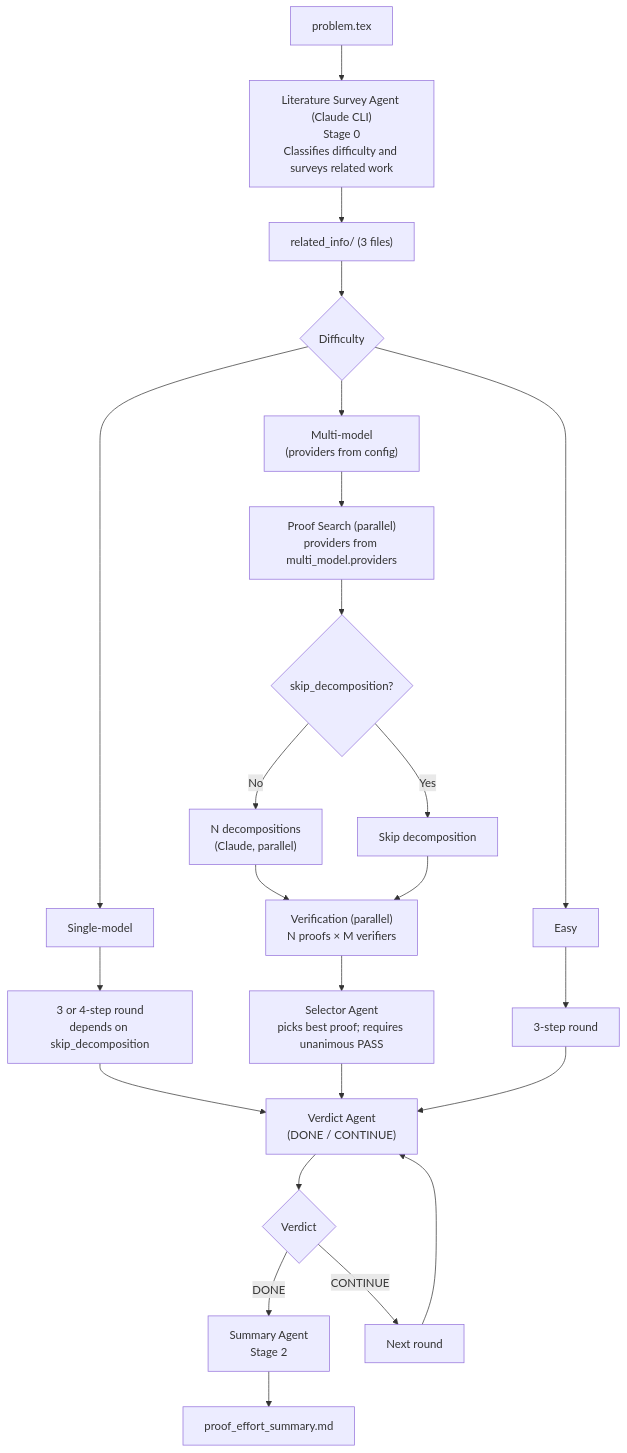
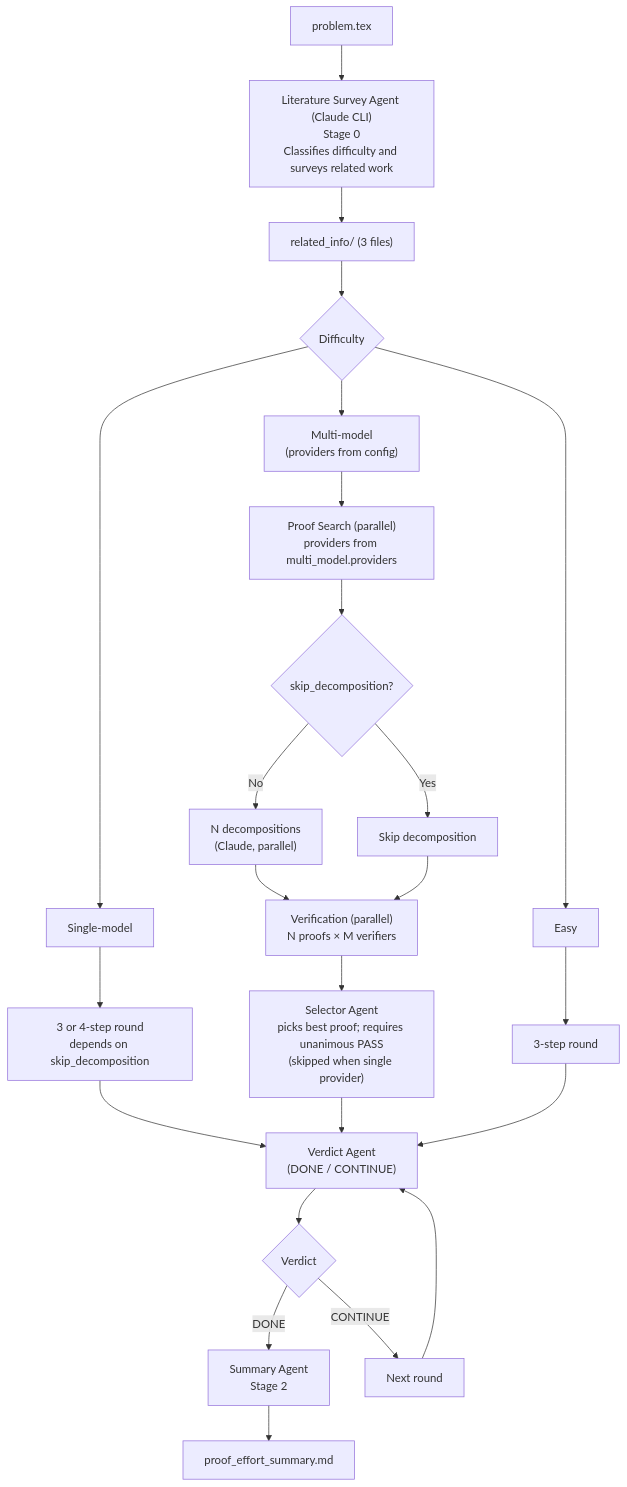
The diagram in README.md (proofQED/QED), drawn with Mermaid before and after one commit. The commit also changed other lines of this file and 2 other files, not shown here.

````diff
--- a/README.md
+++ b/README.md
@@ -604,32 +632,32 @@
 ```mermaid
 flowchart TD
     A["problem.tex"] --> B["Literature Survey Agent (Claude CLI)<br/>Stage 0<br/>Classifies difficulty and surveys related work"]
     B --> C["related_info/ (3 files)"]
     C --> D{"Difficulty"}
 
     D --> E["Easy"]
     D --> F["Single-model"]
     D --> G["Multi-model<br/>(providers from config)"]
 
     E --> H["3-step round"]
 
     F --> I["3 or 4-step round<br/>depends on skip_decomposition"]
     I --> J["Verdict Agent<br/>(DONE / CONTINUE)"]
 
     G --> K["Proof Search (parallel)<br/>providers from multi_model.providers"]
     K --> L{"skip_decomposition?"}
     L -->|No| M["N decompositions<br/>(Claude, parallel)"]
     L -->|Yes| N["Skip decomposition"]
     M --> O["Verification (parallel)<br/>N proofs × M verifiers"]
     N --> O
-    O --> P["Selector Agent<br/>picks best proof; requires unanimous PASS"]
+    O --> P["Selector Agent<br/>picks best proof; requires unanimous PASS<br/>(skipped when single provider)"]
     P --> J
 
     H --> J
 
     J --> Q{"Verdict"}
     Q -->|DONE| R["Summary Agent<br/>Stage 2"]
     Q -->|CONTINUE| S["Next round"]
     S --> J
     R --> T["proof_effort_summary.md"]
 ```
````
